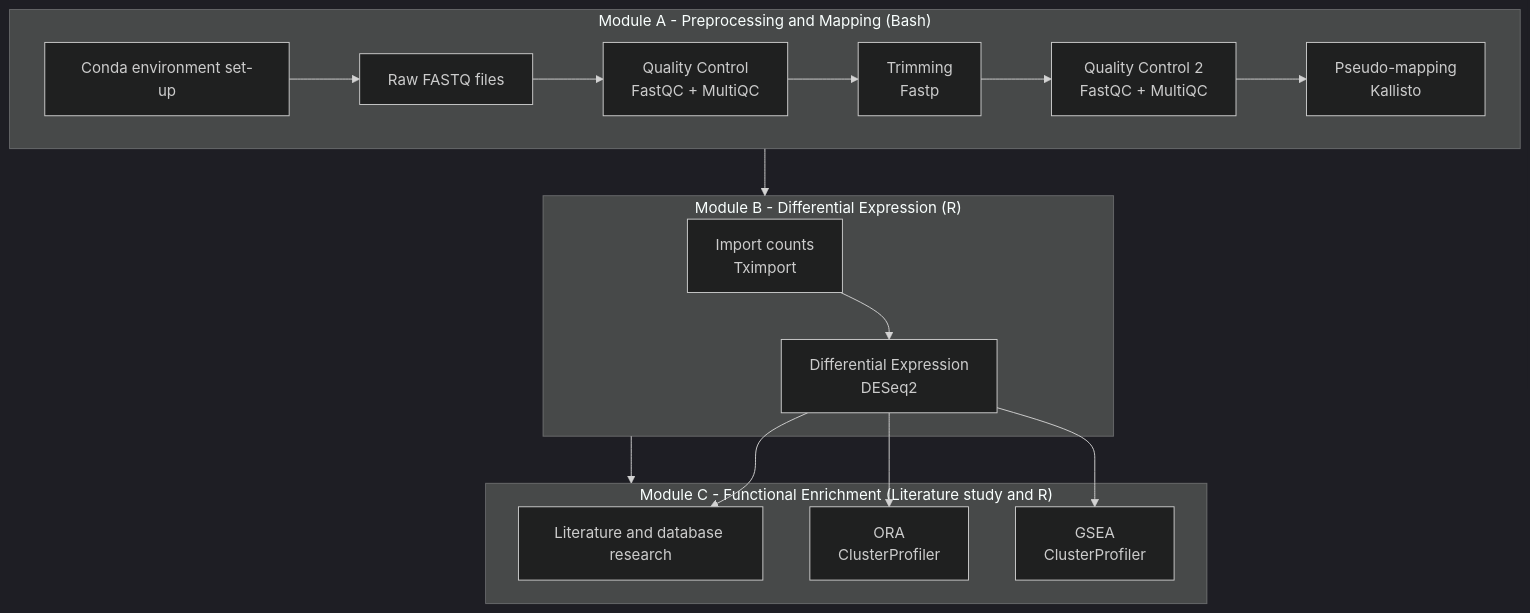
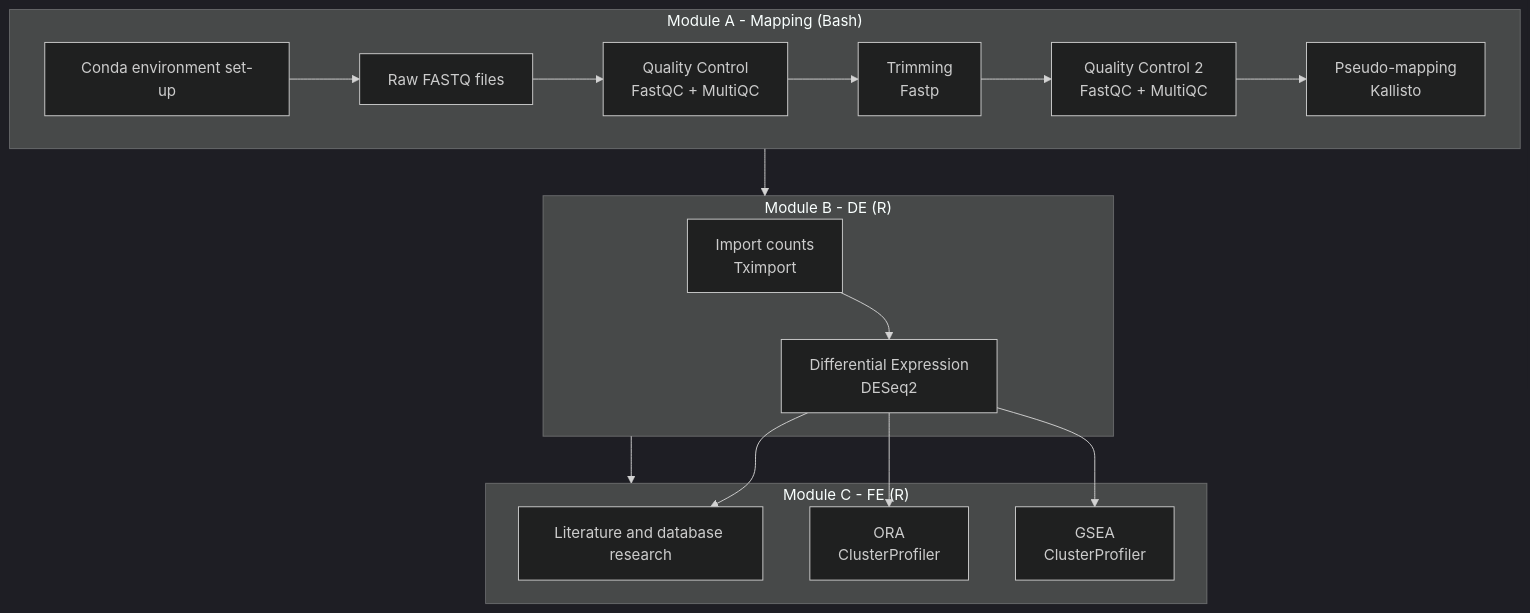
One commit to pierpaolo-cantisani/RNASeq-with-Insights changed the diagram in README.md. Above: the diagram before and after it, drawn with Mermaid (dark theme).

Commit message:
README.md

````diff
--- a/README.md
+++ b/README.md
@@ -17,26 +17,26 @@
 ```mermaid
 flowchart TD
-    subgraph A["Module A - Preprocessing and Mapping (Bash)"]
+    subgraph A["Module A - Mapping (Bash)"]
         A1[Conda environment set-up] --> A2[Raw FASTQ files]
         A2 --> A3[Quality Control<br/>FastQC + MultiQC]
         A3 --> A4[Trimming<br/>Fastp]
         A4 --> A5[Quality Control 2<br/>FastQC + MultiQC]
         A5 --> A6[Pseudo-mapping<br/>Kallisto]
     end
 
-    subgraph B["Module B - Differential Expression (R)"]
+    subgraph B["Module B - DE (R)"]
         B1[Import counts<br/>Tximport] --> B2[Differential Expression\nDESeq2]
     end
 
-    subgraph C["Module C - Functional Enrichment (Literature study and R)"]
+    subgraph C["Module C - FE (R)"]
         C1[Literature and database research]
         C2[ORA<br/>ClusterProfiler]
         C3[GSEA<br/>ClusterProfiler]
     end
 
     A --> B
     B --> C
     B2 --> C1
     B2 --> C2
     B2 --> C3
 ```
````
